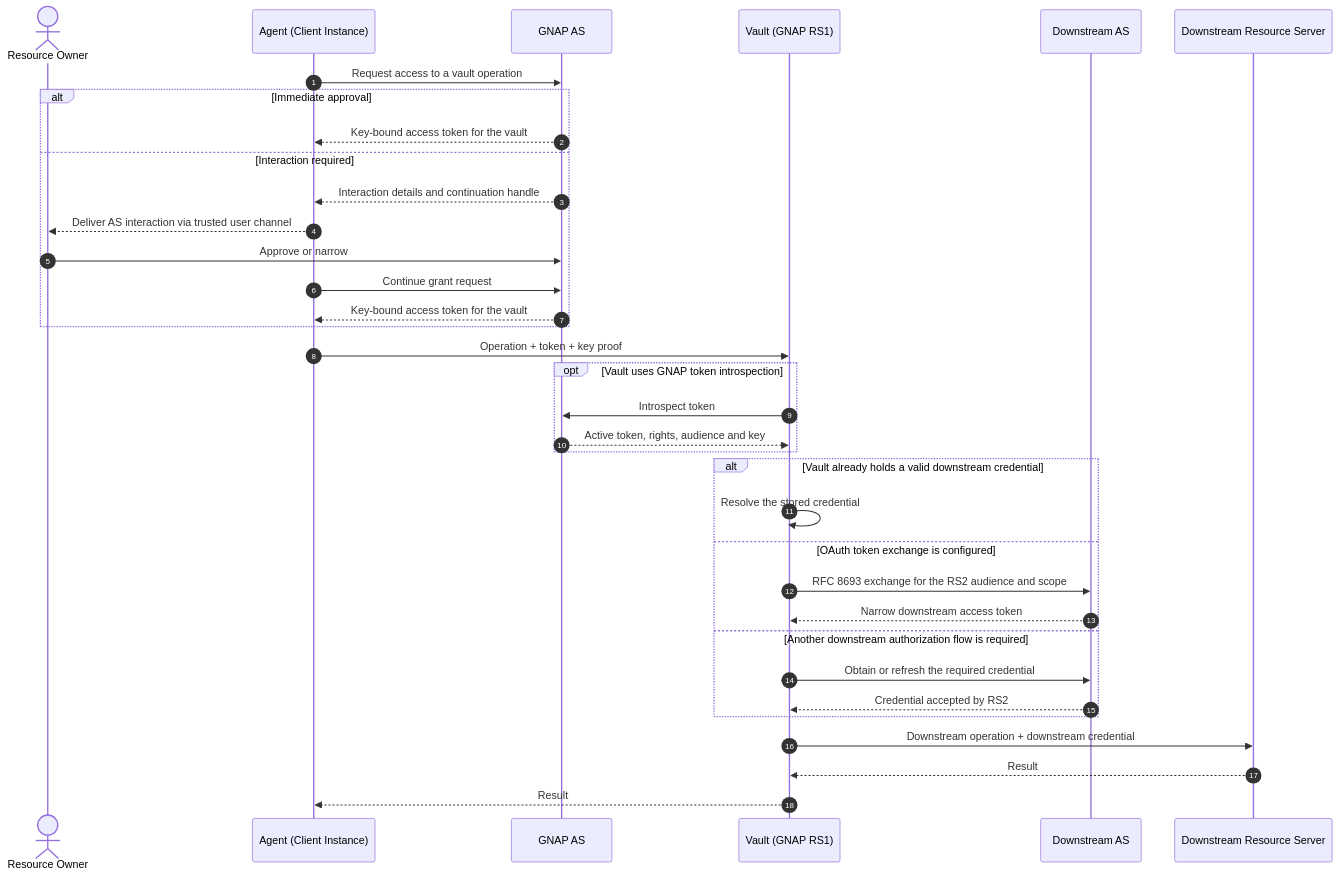
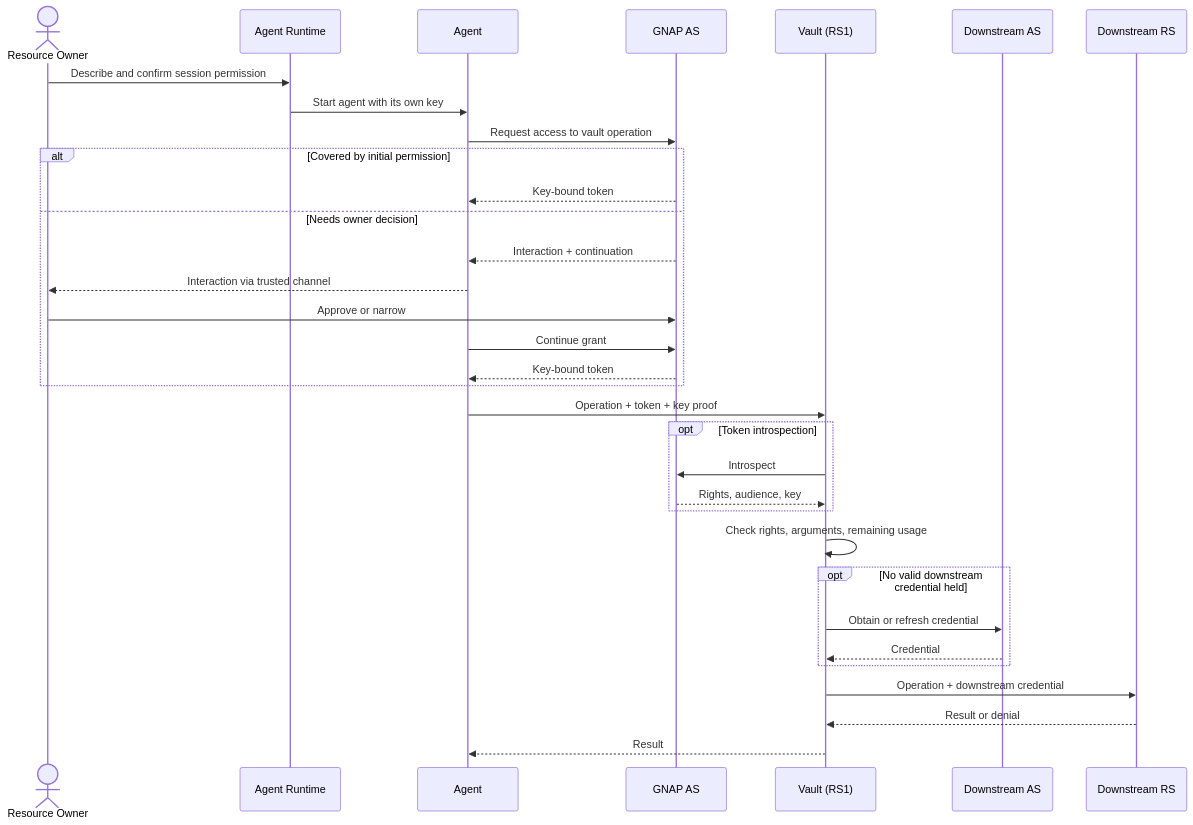
Before and after one commit to DaevMithran/agnap: the diagram in README.md, drawn with Mermaid. The commit also changed other lines of this file and 3 other files, not shown here.

````diff
--- a/README.md
+++ b/README.md
@@ -59,41 +78,39 @@
 ```mermaid
 sequenceDiagram
-    autonumber
     actor RO as Resource Owner
-    participant C as Agent (Client Instance)
+    participant R as Agent Runtime
+    participant C as Agent
     participant AS1 as GNAP AS
-    participant V as Vault (GNAP RS1)
+    participant V as Vault (RS1)
     participant AS2 as Downstream AS
-    participant RS2 as Downstream Resource Server
+    participant RS2 as Downstream RS
 
-    C->>AS1: Request access to a vault operation
-    alt Immediate approval
-        AS1-->>C: Key-bound access token for the vault
-    else Interaction required
-        AS1-->>C: Interaction details and continuation handle
-        C-->>RO: Deliver AS interaction via trusted user channel
+    RO->>R: Describe and confirm session permission
+    R->>C: Start agent with its own key
+
+    C->>AS1: Request access to vault operation
+    alt Covered by initial permission
+        AS1-->>C: Key-bound token
+    else Needs owner decision
+        AS1-->>C: Interaction + continuation
+        C-->>RO: Interaction via trusted channel
         RO->>AS1: Approve or narrow
-        C->>AS1: Continue grant request
-        AS1-->>C: Key-bound access token for the vault
+        C->>AS1: Continue grant
+        AS1-->>C: Key-bound token
     end
 
     C->>V: Operation + token + key proof
-    opt Vault uses GNAP token introspection
-        V->>AS1: Introspect token
-        AS1-->>V: Active token, rights, audience and key
+    opt Token introspection
+        V->>AS1: Introspect
+        AS1-->>V: Rights, audience, key
     end
+    V->>V: Check rights, arguments, remaining usage
 
-    alt Vault already holds a valid downstream credential
-        V->>V: Resolve the stored credential
-    else OAuth token exchange is configured
-        V->>AS2: RFC 8693 exchange for the RS2 audience and scope
-        AS2-->>V: Narrow downstream access token
-    else Another downstream authorization flow is required
-        V->>AS2: Obtain or refresh the required credential
-        AS2-->>V: Credential accepted by RS2
+    opt No valid downstream credential held
+        V->>AS2: Obtain or refresh credential
+        AS2-->>V: Credential
     end
-
-    V->>RS2: Downstream operation + downstream credential
-    RS2-->>V: Result
+    V->>RS2: Operation + downstream credential
+    RS2-->>V: Result or denial
     V-->>C: Result
 ```
````
